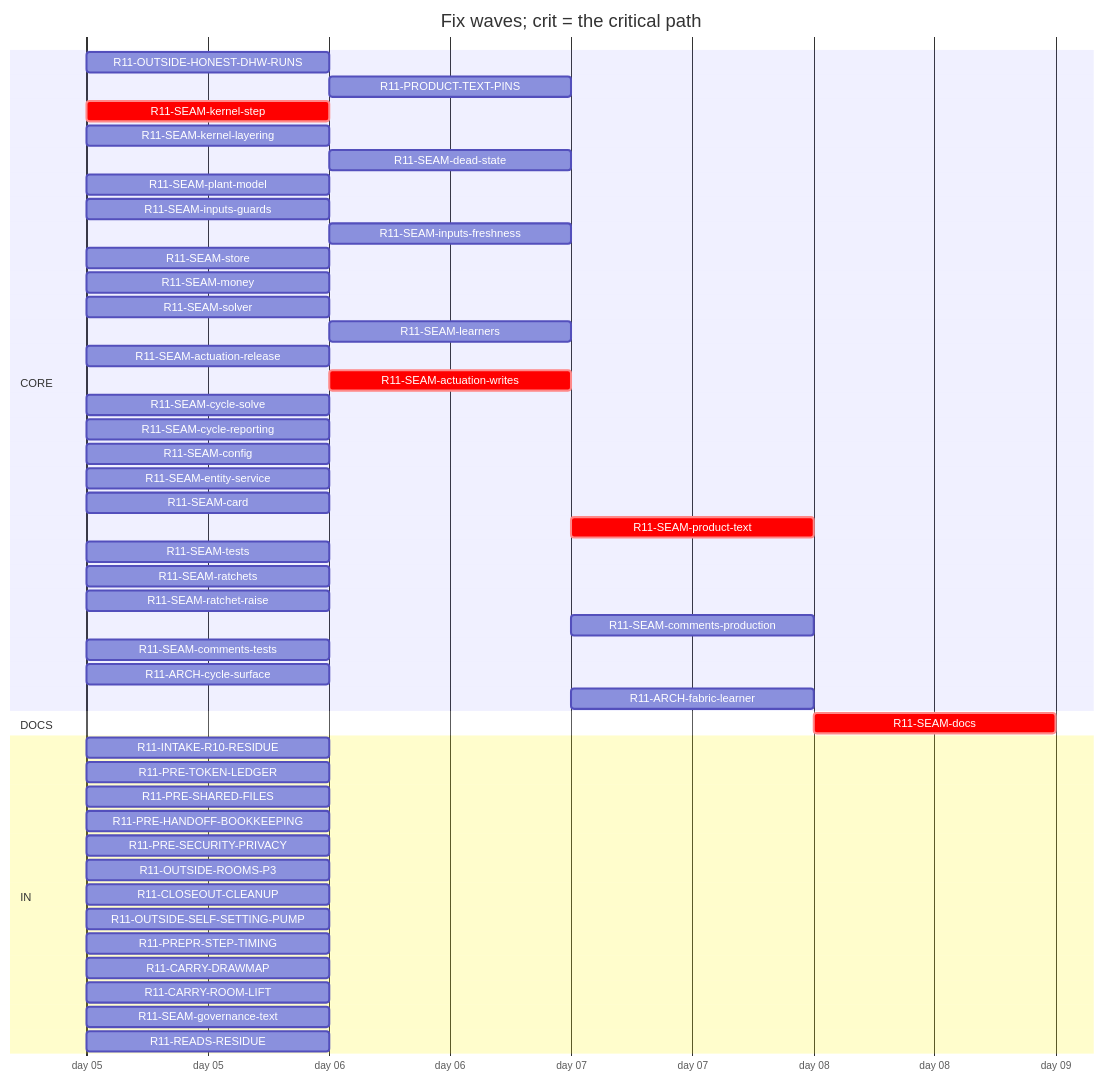
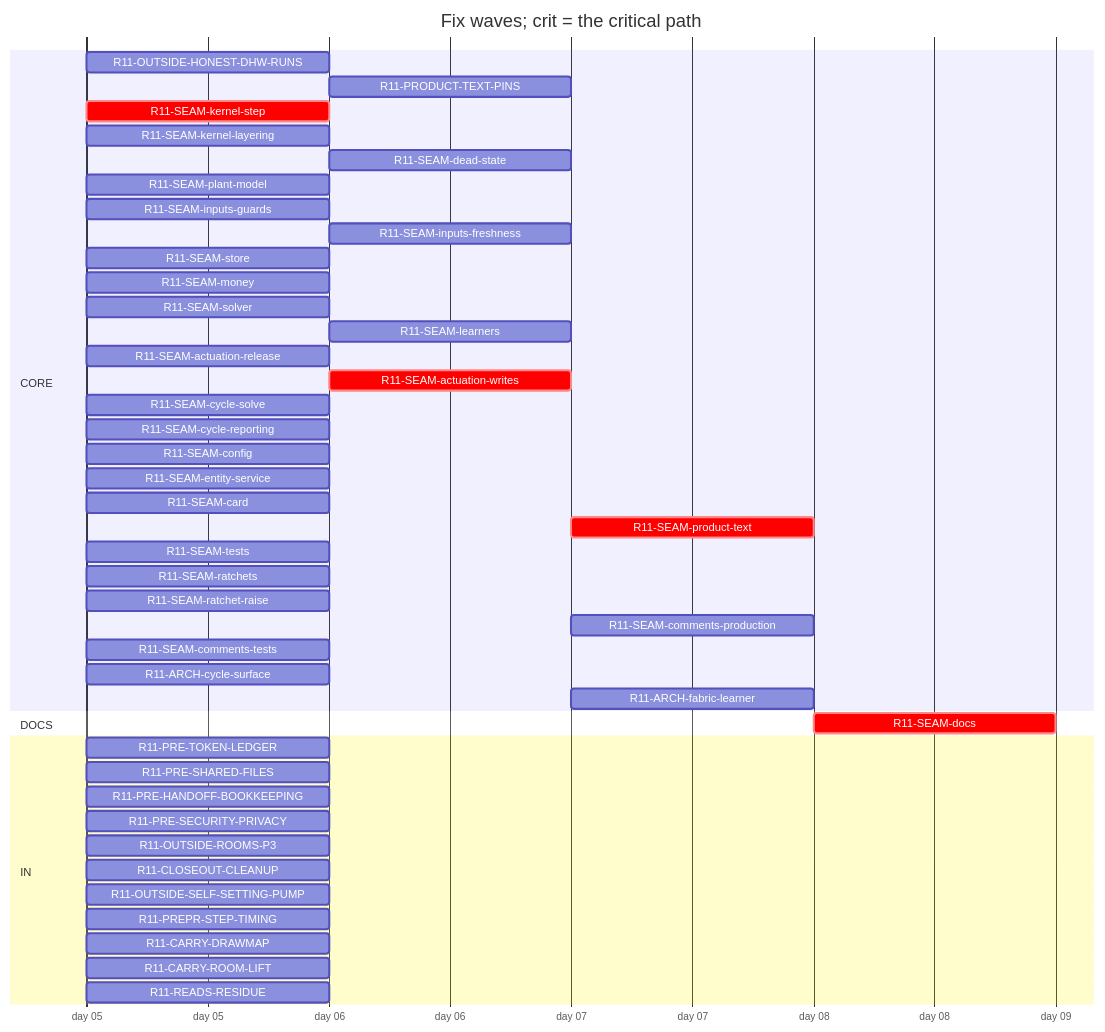
One commit to tvofi/heatpump_optimizer changed the diagram in handoff/round11/state/PLAN-TABLE.md. Above: the diagram before and after it, drawn with Mermaid. The commit also changed other lines of this file and 4 other files, not shown here.

Commit message:
state: FLOW-BOARD.md, NEXT-SESSION-PROMPT.md, PLAN-TABLE.md, PLAN.html, RESUME-CURRENT.md regenerated (state_docs.py)

````diff
--- a/handoff/round11/state/PLAN-TABLE.md
+++ b/handoff/round11/state/PLAN-TABLE.md
@@ -16,50 +16,48 @@
 ```mermaid
 gantt
   title Fix waves; crit = the critical path
   dateFormat YYYY-MM-DD
   axisFormat day %d
   section CORE
     R11-OUTSIDE-HONEST-DHW-RUNS :r11OUTSIDEHONESTDHWRUNS, 2026-01-05, 1d
     R11-PRODUCT-TEXT-PINS :r11PRODUCTTEXTPINS, after r11READSRESIDUE, 1d
     R11-SEAM-kernel-step :crit, r11SEAMkernelstep, 2026-01-05, 1d
     R11-SEAM-kernel-layering :r11SEAMkernellayering, 2026-01-05, 1d
     R11-SEAM-dead-state :r11SEAMdeadstate, after r11SEAMstore, 1d
     R11-SEAM-plant-model :r11SEAMplantmodel, 2026-01-05, 1d
     R11-SEAM-inputs-guards :r11SEAMinputsguards, 2026-01-05, 1d
     R11-SEAM-inputs-freshness :r11SEAMinputsfreshness, after r11SEAMkernelstep, 1d
     R11-SEAM-store :r11SEAMstore, 2026-01-05, 1d
     R11-SEAM-money :r11SEAMmoney, 2026-01-05, 1d
     R11-SEAM-solver :r11SEAMsolver, 2026-01-05, 1d
     R11-SEAM-learners :r11SEAMlearners, after r11SEAMplantmodel, 1d
     R11-SEAM-actuation-release :r11SEAMactuationrelease, 2026-01-05, 1d
     R11-SEAM-actuation-writes :crit, r11SEAMactuationwrites, after r11SEAMkernelstep r11SEAMactuationrelease, 1d
     R11-SEAM-cycle-solve :r11SEAMcyclesolve, 2026-01-05, 1d
     R11-SEAM-cycle-reporting :r11SEAMcyclereporting, 2026-01-05, 1d
     R11-SEAM-config :r11SEAMconfig, 2026-01-05, 1d
     R11-SEAM-entity-service :r11SEAMentityservice, 2026-01-05, 1d
     R11-SEAM-card :r11SEAMcard, 2026-01-05, 1d
     R11-SEAM-product-text :crit, r11SEAMproducttext, after r11SEAMplantmodel r11SEAMmoney r11SEAMactuationrelease r11SEAMactuationwrites r11SEAMconfig r11SEAMentityservice r11SEAMinputsguards r11SEAMinputsfreshness r11SEAMcyclesolve r11SEAMcyclereporting, 1d
     R11-SEAM-tests :r11SEAMtests, 2026-01-05, 1d
     R11-SEAM-ratchets :r11SEAMratchets, 2026-01-05, 1d
     R11-SEAM-ratchet-raise :r11SEAMratchetraise, 2026-01-05, 1d
     R11-SEAM-comments-production :r11SEAMcommentsproduction, after r11SEAMplantmodel r11SEAMmoney r11SEAMactuationrelease r11SEAMactuationwrites r11SEAMconfig r11SEAMentityservice r11SEAMinputsguards r11SEAMinputsfreshness r11SEAMcyclesolve r11SEAMcyclereporting, 1d
     R11-SEAM-comments-tests :r11SEAMcommentstests, 2026-01-05, 1d
     R11-ARCH-cycle-surface :r11ARCHcyclesurface, 2026-01-05, 1d
     R11-ARCH-fabric-learner :r11ARCHfabriclearner, after r11SEAMlearners, 1d
   section DOCS
     R11-SEAM-docs :crit, r11SEAMdocs, after r11SEAMplantmodel r11SEAMmoney r11SEAMlearners r11SEAMactuationrelease r11SEAMactuationwrites r11SEAMconfig r11SEAMentityservice r11SEAMinputsguards r11SEAMinputsfreshness r11SEAMcyclesolve r11SEAMcyclereporting r11SEAMcard r11SEAMproducttext, 1d
   section IN
-    R11-INTAKE-R10-RESIDUE :r11INTAKER10RESIDUE, 2026-01-05, 1d
     R11-PRE-TOKEN-LEDGER :r11PRETOKENLEDGER, 2026-01-05, 1d
     R11-PRE-SHARED-FILES :r11PRESHAREDFILES, 2026-01-05, 1d
     R11-PRE-HANDOFF-BOOKKEEPING :r11PREHANDOFFBOOKKEEPING, 2026-01-05, 1d
     R11-PRE-SECURITY-PRIVACY :r11PRESECURITYPRIVACY, 2026-01-05, 1d
     R11-OUTSIDE-ROOMS-P3 :r11OUTSIDEROOMSP3, 2026-01-05, 1d
     R11-CLOSEOUT-CLEANUP :r11CLOSEOUTCLEANUP, 2026-01-05, 1d
     R11-OUTSIDE-SELF-SETTING-PUMP :r11OUTSIDESELFSETTINGPUMP, 2026-01-05, 1d
     R11-PREPR-STEP-TIMING :r11PREPRSTEPTIMING, 2026-01-05, 1d
     R11-CARRY-DRAWMAP :r11CARRYDRAWMAP, 2026-01-05, 1d
     R11-CARRY-ROOM-LIFT :r11CARRYROOMLIFT, 2026-01-05, 1d
-    R11-SEAM-governance-text :r11SEAMgovernancetext, 2026-01-05, 1d
     R11-READS-RESIDUE :r11READSRESIDUE, 2026-01-05, 1d
 ```
````
